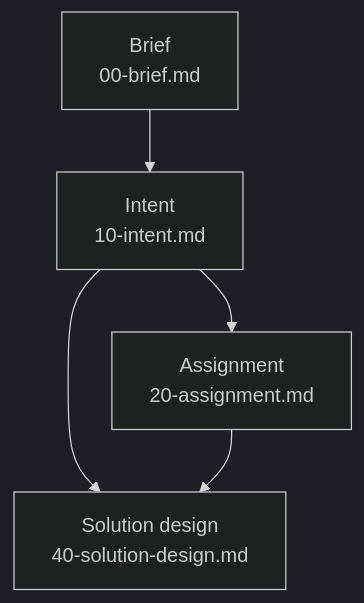
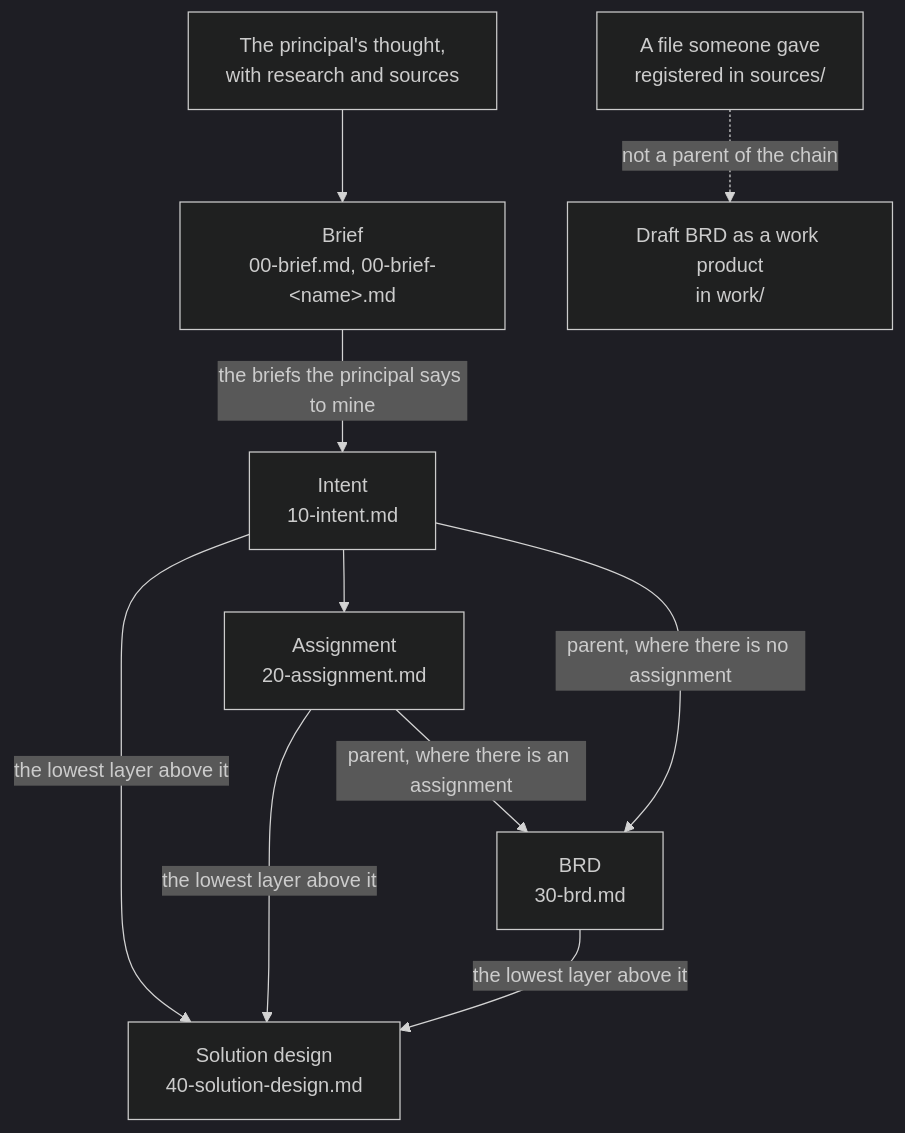
Before and after one commit to pche-broken-artist/forge-of-thought: the diagram in docs/about/the-document-chain.md, drawn with Mermaid (dark theme). The commit also changed other lines of this file and 159 other files, not shown here.

````diff
--- a/docs/about/the-document-chain.md
+++ b/docs/about/the-document-chain.md
@@ -96,7 +102,12 @@
 ```mermaid
 flowchart TD
-    B[Brief<br/>00-brief.md] --> I[Intent<br/>10-intent.md]
-    I --> A[Assignment<br/>20-assignment.md]
-    I --> S[Solution design<br/>40-solution-design.md]
-    A --> S
+    T["The principal's thought,<br/>with research and sources"] --> B["Brief<br/>00-brief.md, 00-brief-&lt;name&gt;.md"]
+    B -->|"the briefs the principal says to mine"| I["Intent<br/>10-intent.md"]
+    I --> A["Assignment<br/>20-assignment.md"]
+    A -->|"parent, where there is an assignment"| R["BRD<br/>30-brd.md"]
+    I -->|"parent, where there is no assignment"| R
+    F["A file someone gave<br/>registered in sources/"] -.->|"not a parent of the chain"| W["Draft BRD as a work product<br/>in work/"]
+    I -->|"the lowest layer above it"| S["Solution design<br/>40-solution-design.md"]
+    A -->|"the lowest layer above it"| S
+    R -->|"the lowest layer above it"| S
 ```
````
